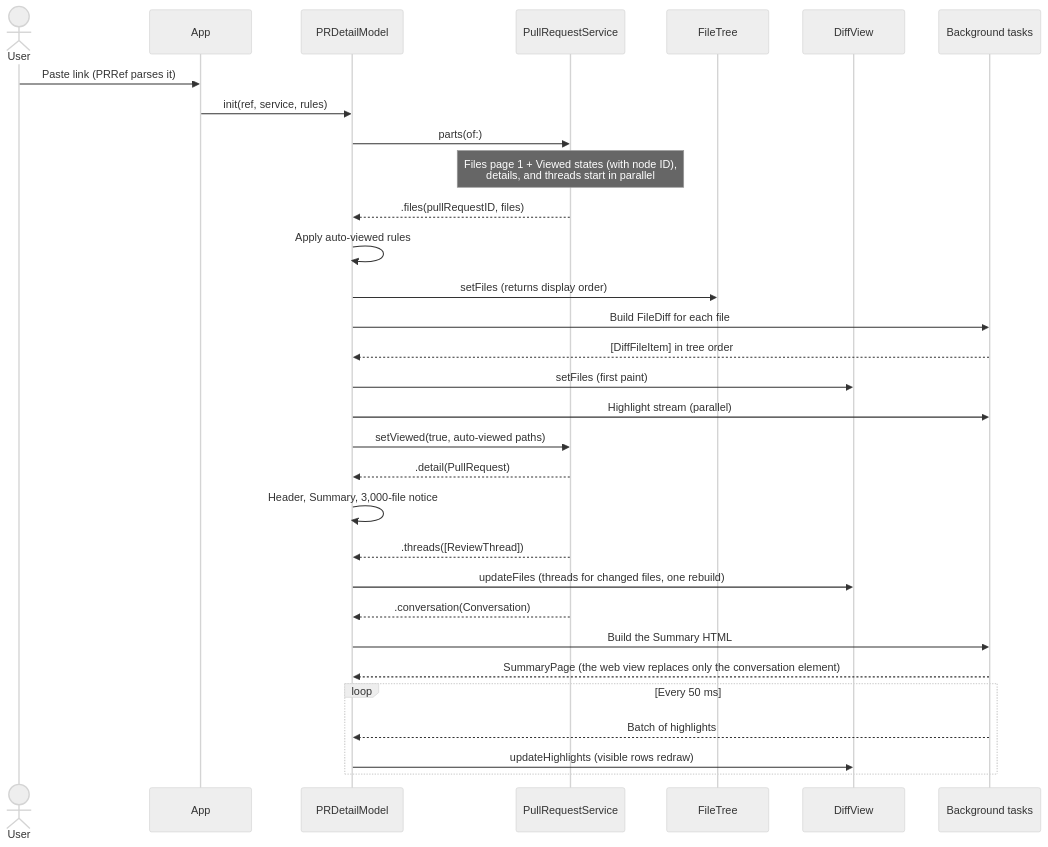
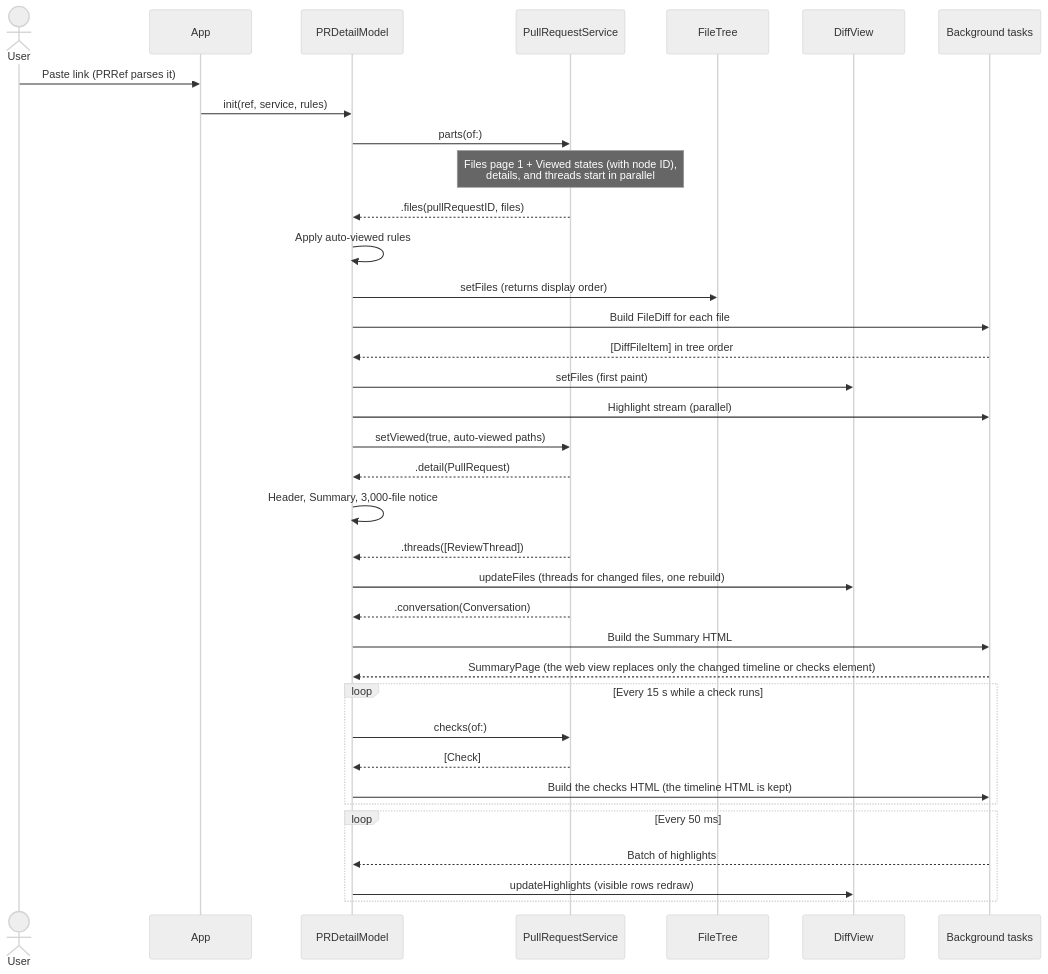
The second of 4 diagrams in docs/architecture.md (khoitran19/yuzu), drawn with Mermaid (neutral theme) before and after one commit. The commit also changed 9 other files, not shown here.

First line of the commit message:
feat(summary): reload running checks every 15 s

````diff
--- a/docs/architecture.md
+++ b/docs/architecture.md
@@ -50,34 +50,39 @@
 ```mermaid
 sequenceDiagram
     actor User
     participant App
     participant Model as PRDetailModel
     participant Service as PullRequestService
     participant Tree as FileTree
     participant Diff as DiffView
     participant BG as Background tasks
 
     User->>App: Paste link (PRRef parses it)
     App->>Model: init(ref, service, rules)
     Model->>Service: parts(of:)
     Note over Service: Files page 1 + Viewed states (with node ID),<br/>details, and threads start in parallel
     Service-->>Model: .files(pullRequestID, files)
     Model->>Model: Apply auto-viewed rules
     Model->>Tree: setFiles (returns display order)
     Model->>BG: Build FileDiff for each file
     BG-->>Model: [DiffFileItem] in tree order
     Model->>Diff: setFiles (first paint)
     Model->>BG: Highlight stream (parallel)
     Model->>Service: setViewed(true, auto-viewed paths)
     Service-->>Model: .detail(PullRequest)
     Model->>Model: Header, Summary, 3,000-file notice
     Service-->>Model: .threads([ReviewThread])
     Model->>Diff: updateFiles (threads for changed files, one rebuild)
     Service-->>Model: .conversation(Conversation)
     Model->>BG: Build the Summary HTML
-    BG-->>Model: SummaryPage (the web view replaces only the conversation element)
+    BG-->>Model: SummaryPage (the web view replaces only the changed timeline or checks element)
+    loop Every 15 s while a check runs
+        Model->>Service: checks(of:)
+        Service-->>Model: [Check]
+        Model->>BG: Build the checks HTML (the timeline HTML is kept)
+    end
     loop Every 50 ms
         BG-->>Model: Batch of highlights
         Model->>Diff: updateHighlights (visible rows redraw)
     end
 ```
````
